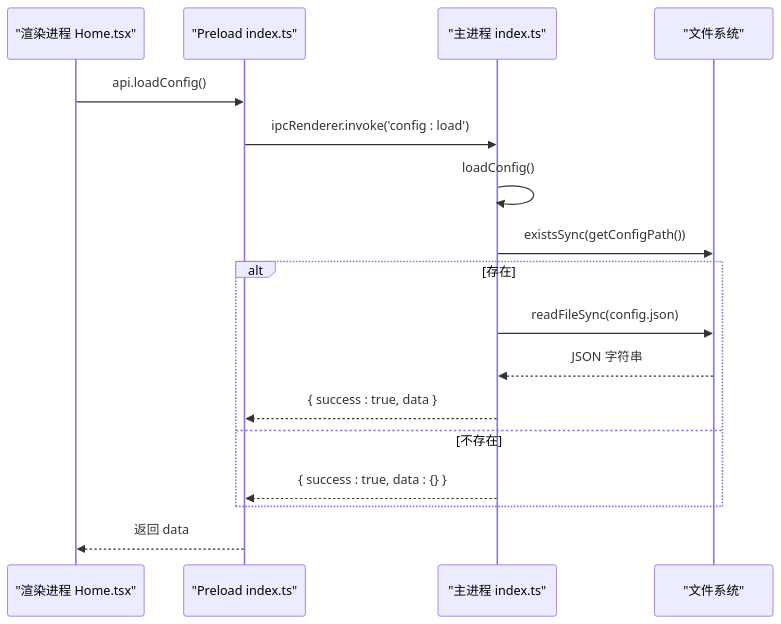
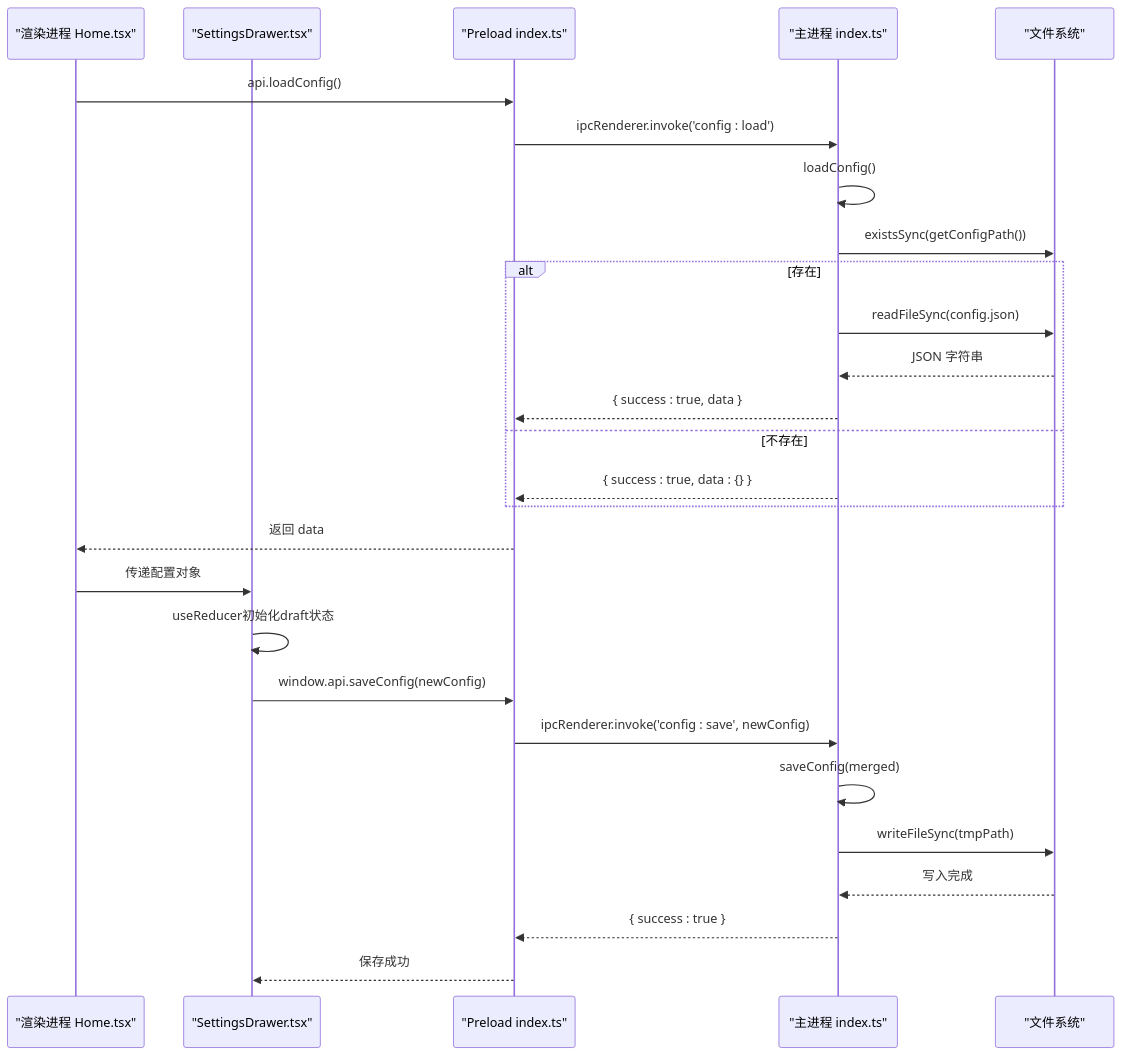
One commit to HoarfrostKimi/Video-Merger changed the second of 4 diagrams in .qoder/repowiki/zh/content/架构设计/主进程架构/配置管理系统.md. Above: the diagram before and after it, drawn with Mermaid. The commit also changed other lines of this file and 43 other files, not shown here.

````diff
--- a/.qoder/repowiki/zh/content/架构设计/主进程架构/配置管理系统.md
+++ b/.qoder/repowiki/zh/content/架构设计/主进程架构/配置管理系统.md
@@ -86,19 +104,29 @@
 ```mermaid
 sequenceDiagram
 participant UI as "渲染进程 Home.tsx"
+participant SD as "SettingsDrawer.tsx"
 participant P as "Preload index.ts"
 participant M as "主进程 index.ts"
 participant FS as "文件系统"
 UI->>P : api.loadConfig()
 P->>M : ipcRenderer.invoke('config : load')
 M->>M : loadConfig()
 M->>FS : existsSync(getConfigPath())
 alt 存在
 M->>FS : readFileSync(config.json)
 FS-->>M : JSON 字符串
 M-->>P : { success : true, data }
 else 不存在
 M-->>P : { success : true, data : {} }
 end
 P-->>UI : 返回 data
+UI->>SD : 传递配置对象
+SD->>SD : useReducer初始化draft状态
+SD->>P : window.api.saveConfig(newConfig)
+P->>M : ipcRenderer.invoke('config : save', newConfig)
+M->>M : saveConfig(merged)
+M->>FS : writeFileSync(tmpPath)
+FS-->>M : 写入完成
+M-->>P : { success : true }
+P-->>SD : 保存成功
 ```
````
